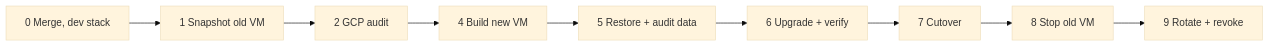
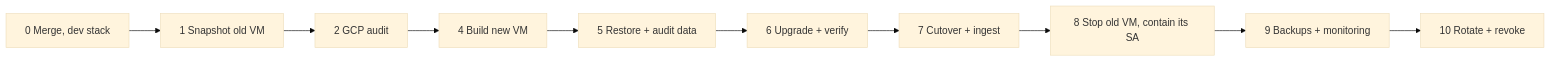
The diagram in docs/prod-rebuild-runbook.md (aphelionz/catalog.jonsarkin.com), drawn with Mermaid (base theme) before and after one commit. The commit also changed other lines of this file and 1 other file, not shown here.

````diff
--- a/docs/prod-rebuild-runbook.md
+++ b/docs/prod-rebuild-runbook.md
@@ -7,6 +7,7 @@
 ```mermaid
 flowchart LR
   S0[0 Merge, dev stack] --> S1[1 Snapshot old VM] --> S2[2 GCP audit]
   S2 --> S4[4 Build new VM] --> S5[5 Restore + audit data] --> S6[6 Upgrade + verify]
-  S6 --> S7[7 Cutover] --> S8[8 Stop old VM] --> S9[9 Rotate + revoke]
+  S6 --> S7[7 Cutover + ingest] --> S8[8 Stop old VM, contain its SA]
+  S8 --> S9[9 Backups + monitoring] --> S10[10 Rotate + revoke]
 ```
````
